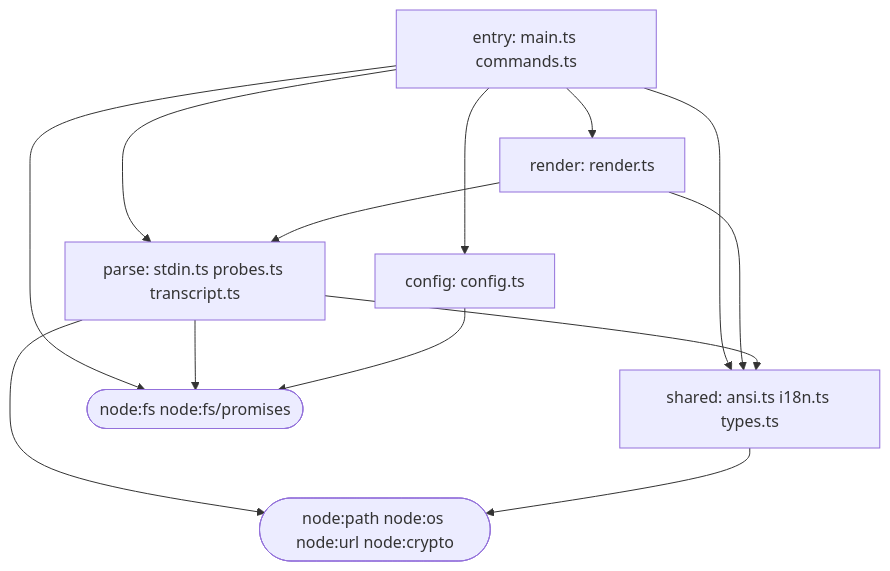
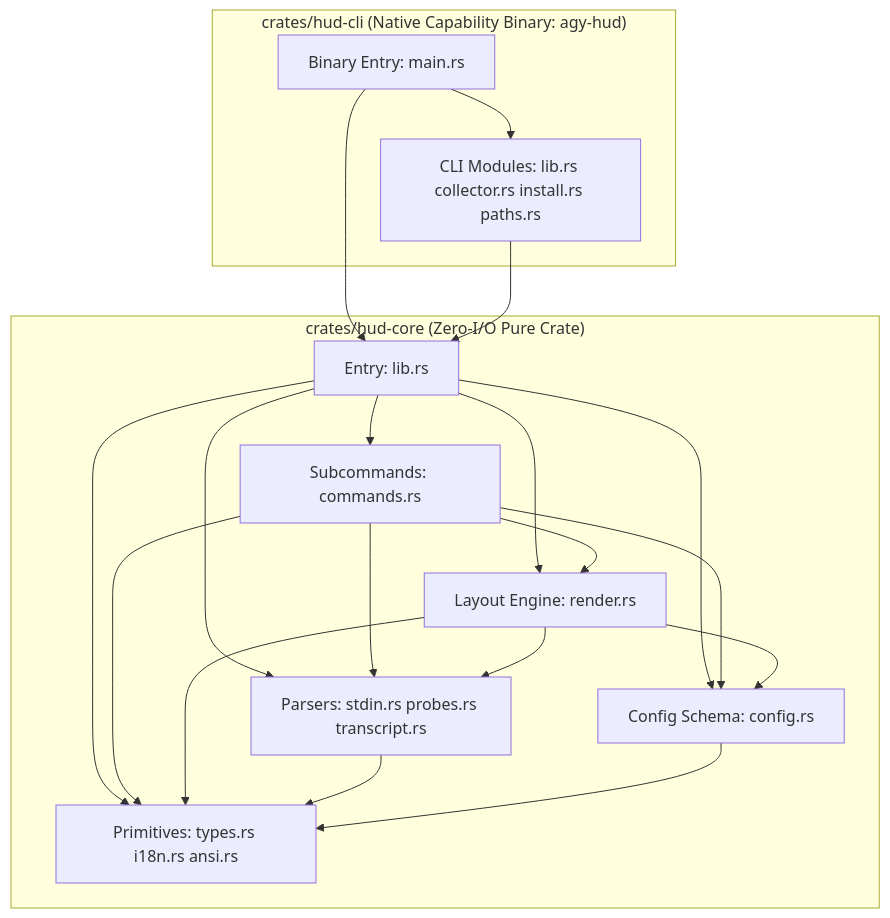
The diagram in ARCHITECTURE.md (maxlee/agy-hud), drawn with Mermaid before and after one commit. The commit also changed other lines of this file and 53 other files, not shown here.

Commit message:
feat!: rewrite agy-hud v1.0.0 in 100% pure Rust (remove all Node.js/TS code)

````diff
--- a/ARCHITECTURE.md
+++ b/ARCHITECTURE.md
@@ -43,17 +30,24 @@
 ```mermaid
 flowchart TD
-  entry["entry: main.ts commands.ts"]
-  render["render: render.ts"]
-  parse["parse: stdin.ts probes.ts transcript.ts"]
-  config["config: config.ts"]
-  shared["shared: ansi.ts i18n.ts types.ts"]
+  subgraph CLI["crates/hud-cli (Native Capability Binary: agy-hud)"]
+    cli_main["Binary Entry: main.rs"]
+    cli_lib["CLI Modules: lib.rs collector.rs install.rs paths.rs"]
+  end
 
-  fsio(["node:fs node:fs/promises"])
-  host(["node:path node:os node:url node:crypto"])
+  subgraph CORE["crates/hud-core (Zero-I/O Pure Crate)"]
+    lib["Entry: lib.rs"]
+    commands["Subcommands: commands.rs"]
+    render["Layout Engine: render.rs"]
+    parsers["Parsers: stdin.rs probes.rs transcript.rs"]
+    config["Config Schema: config.rs"]
+    shared["Primitives: types.rs i18n.rs ansi.rs"]
+  end
 
-  entry --> config & parse & render & shared & fsio
-  render --> parse & shared
-  parse --> shared & fsio & host
-  config --> fsio
-  shared --> host
+  cli_main --> cli_lib & lib
+  cli_lib --> lib
+  lib --> commands & render & parsers & config & shared
+  commands --> config & parsers & render & shared
+  render --> config & parsers & shared
+  parsers --> shared
+  config --> shared
 ```
````
